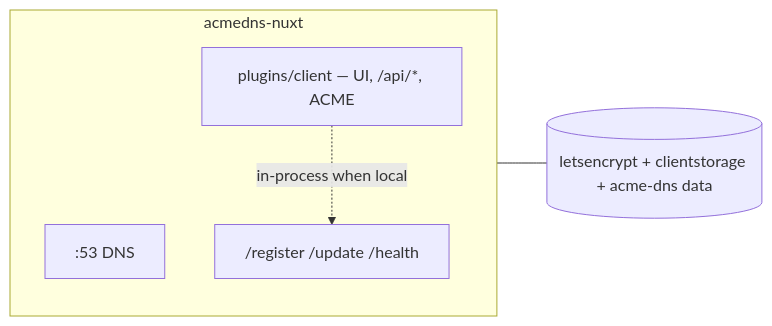
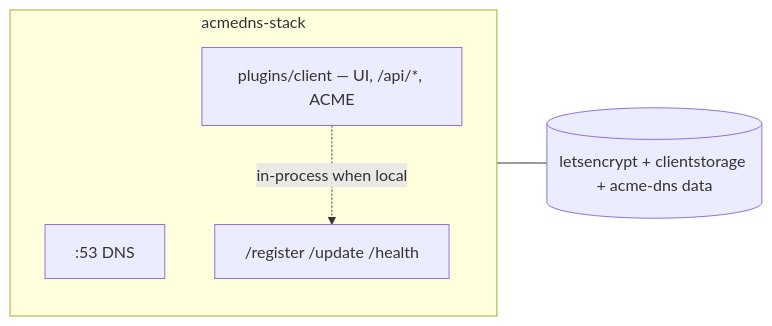
Before and after one commit to HariantoAtWork/dns01-proxy: the first of 3 diagrams in blog/from-two-services-to-one.md, drawn with Mermaid. The commit also changed other lines of this file and 27 other files, not shown here.

Commit message:
string replace `amcedns-nuxt` to `acmedns-stack` what could go wrong?

````diff
--- a/blog/from-two-services-to-one.md
+++ b/blog/from-two-services-to-one.md
@@ -89,14 +89,14 @@
 ```mermaid
 flowchart LR
-  subgraph nuxt["acmedns-nuxt"]
+  subgraph nuxt["acmedns-stack"]
     direction TB
     dns[":53 DNS"]
     api["/register /update /health"]
     plugin["plugins/client — UI, /api/*, ACME"]
   end
 
   vol[(letsencrypt + clientstorage + acme-dns data)]
 
   plugin -.->|in-process when local| api
   nuxt --- vol
 ```
````
